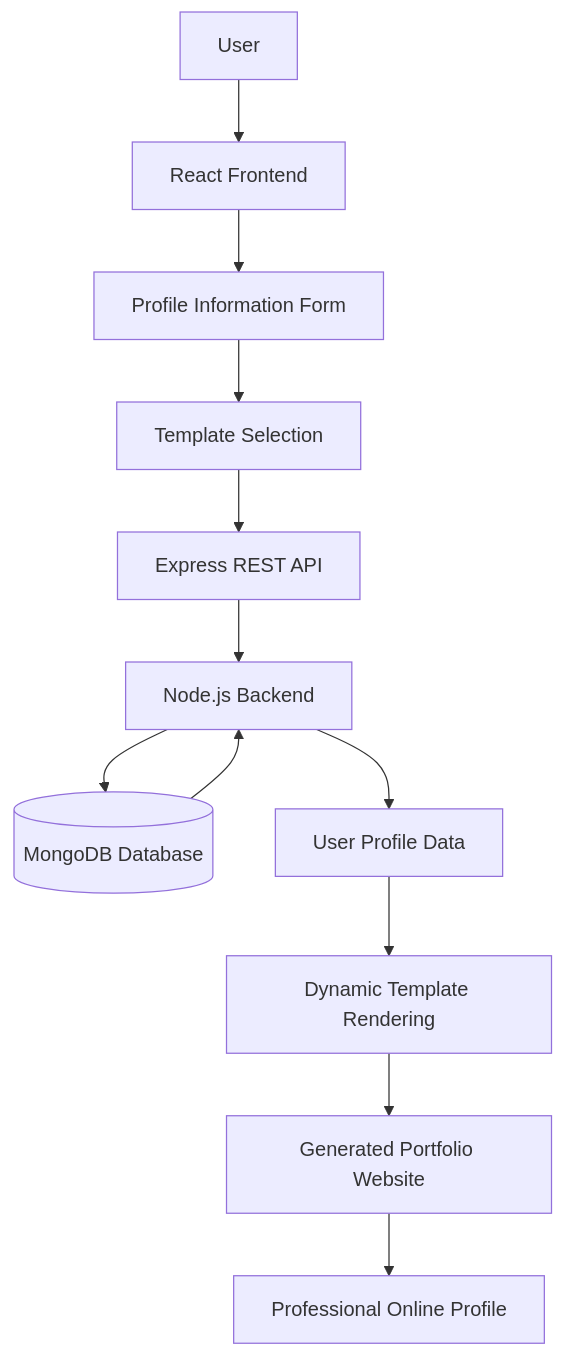
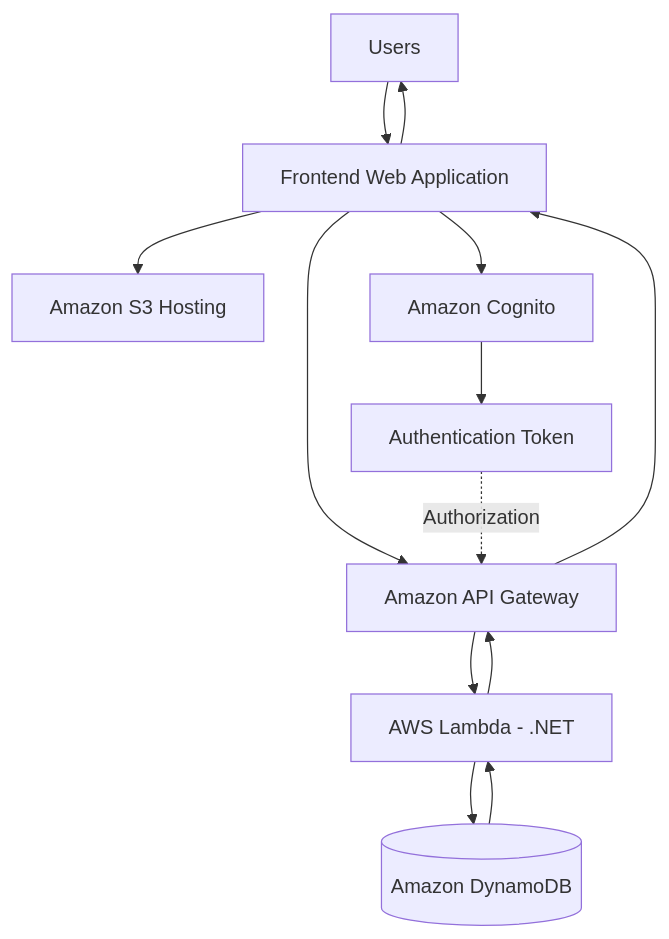
Before and after one commit to Omihiraj/CV-Portfolio-Generator: the diagram in README.md, drawn with Mermaid. The commit also changed other lines of this file, not shown here.

````diff
--- a/README.md
+++ b/README.md
@@ -74,14 +111,19 @@
 ```mermaid
 flowchart TD
-    A[User] --> B[React Frontend]
-    B --> C[Profile Information Form]
-    C --> D[Template Selection]
-    D --> E[Express REST API]
-    E --> F[Node.js Backend]
-    F --> G[(MongoDB Database)]
-    G --> F
-    F --> H[User Profile Data]
-    H --> I[Dynamic Template Rendering]
-    I --> J[Generated Portfolio Website]
-    J --> K[Professional Online Profile]
+    U[Users] --> FE[Frontend Web Application]
+    FE --> S3[Amazon S3 Hosting]
+
+    FE --> AUTH[Amazon Cognito]
+    AUTH --> TOKEN[Authentication Token]
+
+    FE --> APIGW[Amazon API Gateway]
+    TOKEN -. Authorization .-> APIGW
+
+    APIGW --> L1[AWS Lambda - .NET]
+    L1 --> DB[(Amazon DynamoDB)]
+
+    DB --> L1
+    L1 --> APIGW
+    APIGW --> FE
+    FE --> U
 ```
````
